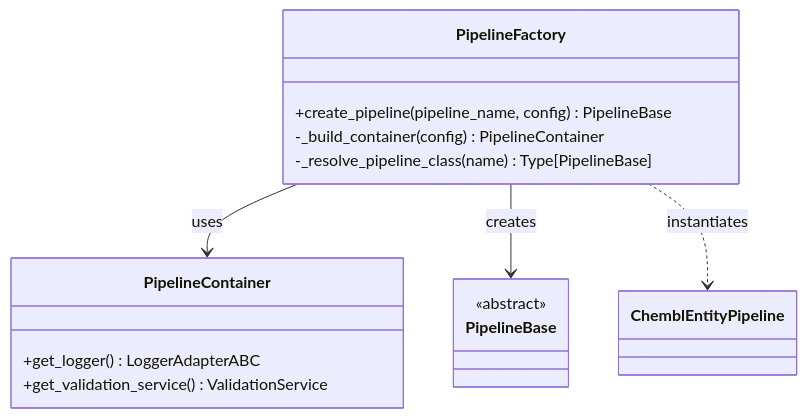
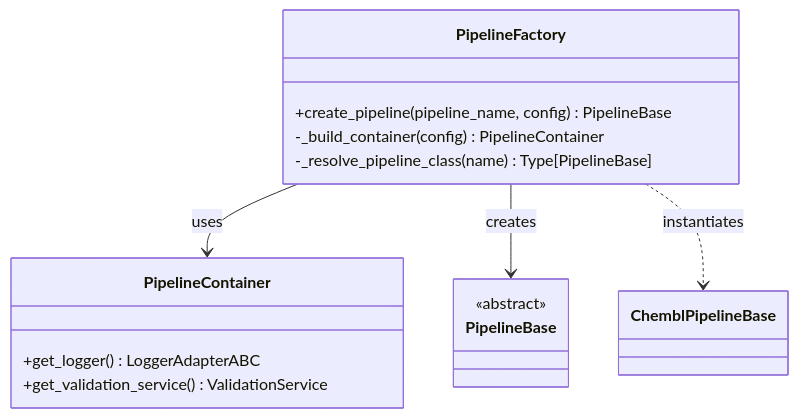
Before and after one commit to SatoryKono/BioactivityDataAcquisition: the ninth of 10 diagrams in docs/architecture/13-class-diagrams-application.md, drawn with Mermaid. The commit also changed other lines of this file and 35 other files, not shown here.

Commit message:
Refactor Chembl pipeline base key resolution

````diff
--- a/docs/architecture/13-class-diagrams-application.md
+++ b/docs/architecture/13-class-diagrams-application.md
@@ -289,24 +285,24 @@
 ```mermaid
 classDiagram
     class PipelineFactory {
         +create_pipeline(pipeline_name, config) PipelineBase
         -_build_container(config) PipelineContainer
         -_resolve_pipeline_class(name) Type[PipelineBase]
     }
 
     class PipelineContainer {
         +get_logger() LoggerAdapterABC
         +get_validation_service() ValidationService
     }
 
     class PipelineBase {
         <<abstract>>
     }
 
-    class ChemblEntityPipeline {
+    class ChemblPipelineBase {
     }
 
     PipelineFactory --> PipelineContainer : uses
     PipelineFactory --> PipelineBase : creates
-    PipelineFactory ..> ChemblEntityPipeline : instantiates
+    PipelineFactory ..> ChemblPipelineBase : instantiates
 ```
````
